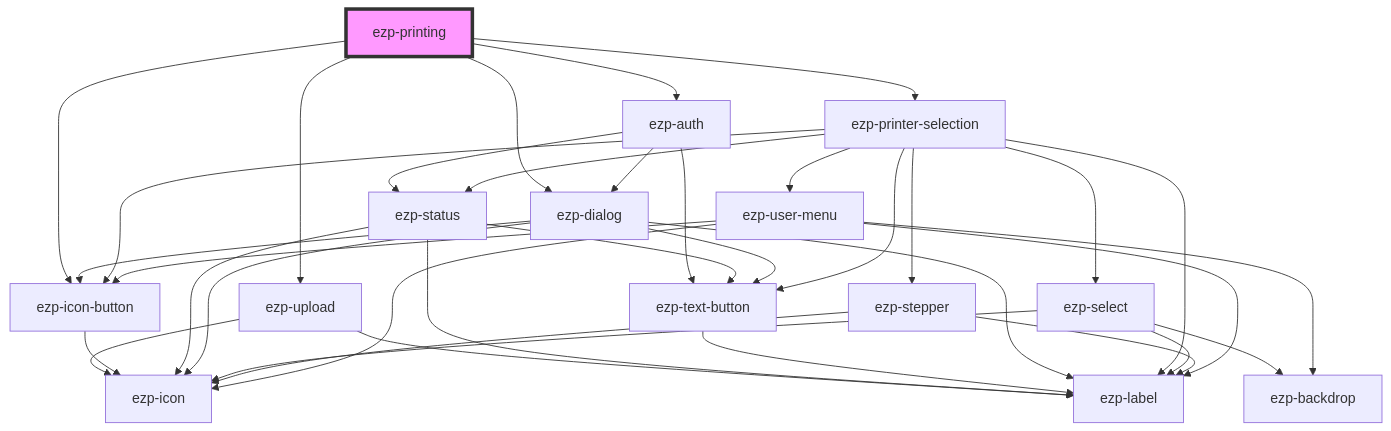
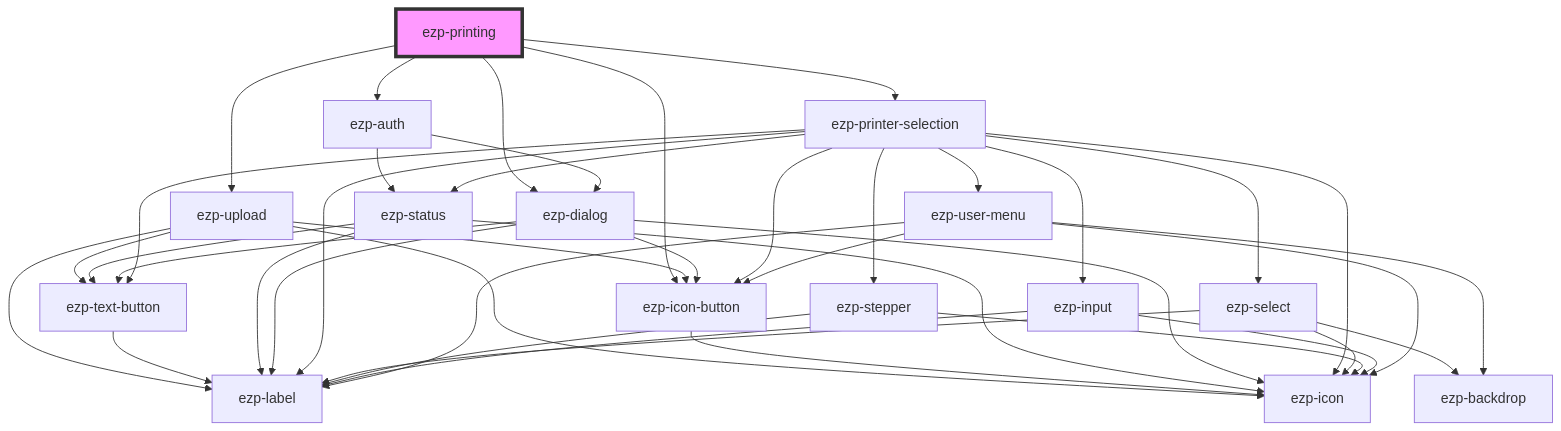
One commit to ezeep/ezeep-js changed the diagram in src/components/ezp-printing/readme.md. Above: the diagram before and after it, drawn with Mermaid. The commit also changed other lines of this file and 33 other files, not shown here.

First line of the commit message:
feat(ui): redesign print flow (Print Now upload + Drucken options)

````diff
--- a/src/components/ezp-printing/readme.md
+++ b/src/components/ezp-printing/readme.md
@@ -105,39 +119,44 @@
 ```mermaid
 graph TD;
   ezp-printing --> ezp-upload
   ezp-printing --> ezp-icon-button
   ezp-printing --> ezp-auth
   ezp-printing --> ezp-printer-selection
   ezp-printing --> ezp-dialog
+  ezp-upload --> ezp-label
+  ezp-upload --> ezp-icon-button
   ezp-upload --> ezp-icon
-  ezp-upload --> ezp-label
+  ezp-upload --> ezp-text-button
   ezp-icon-button --> ezp-icon
+  ezp-text-button --> ezp-label
   ezp-auth --> ezp-status
-  ezp-auth --> ezp-text-button
   ezp-auth --> ezp-dialog
   ezp-status --> ezp-icon
   ezp-status --> ezp-label
   ezp-status --> ezp-text-button
-  ezp-text-button --> ezp-label
   ezp-dialog --> ezp-icon-button
   ezp-dialog --> ezp-icon
   ezp-dialog --> ezp-label
   ezp-dialog --> ezp-text-button
   ezp-printer-selection --> ezp-status
   ezp-printer-selection --> ezp-label
   ezp-printer-selection --> ezp-icon-button
+  ezp-printer-selection --> ezp-icon
   ezp-printer-selection --> ezp-select
   ezp-printer-selection --> ezp-stepper
+  ezp-printer-selection --> ezp-input
   ezp-printer-selection --> ezp-text-button
   ezp-printer-selection --> ezp-user-menu
   ezp-select --> ezp-backdrop
   ezp-select --> ezp-icon
   ezp-select --> ezp-label
   ezp-stepper --> ezp-icon
   ezp-stepper --> ezp-label
+  ezp-input --> ezp-icon
+  ezp-input --> ezp-label
   ezp-user-menu --> ezp-backdrop
   ezp-user-menu --> ezp-label
   ezp-user-menu --> ezp-icon-button
   ezp-user-menu --> ezp-icon
   style ezp-printing fill:#f9f,stroke:#333,stroke-width:4px
 ```
````
